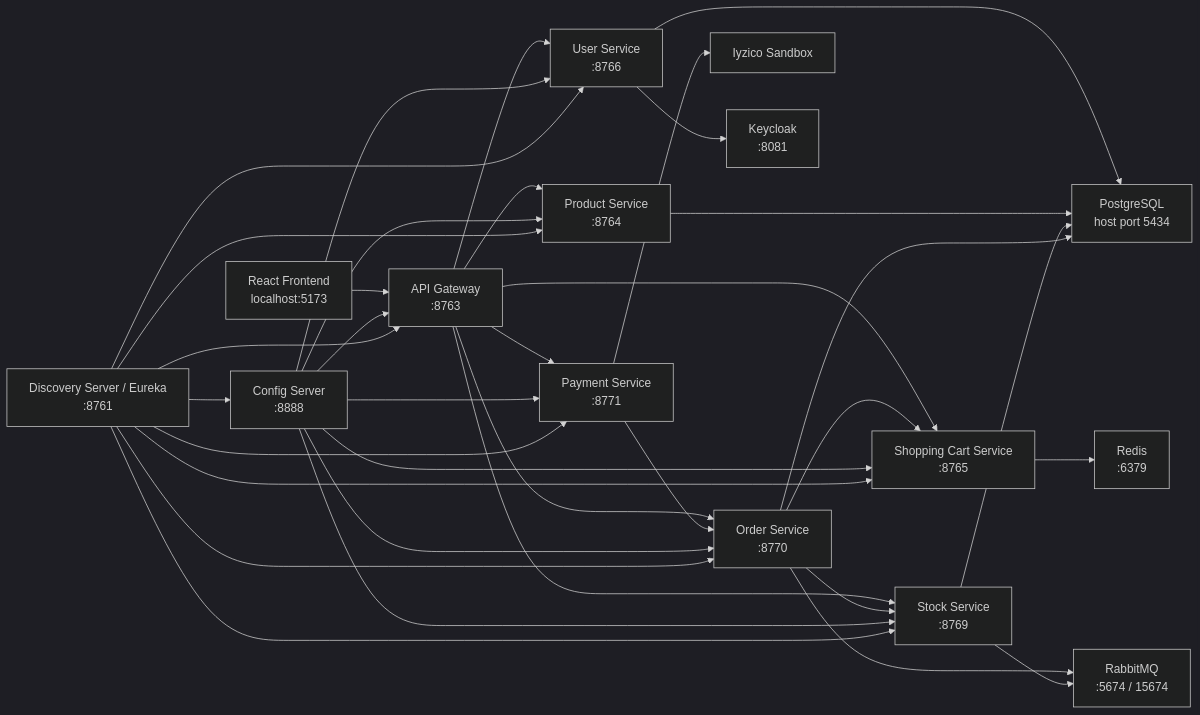
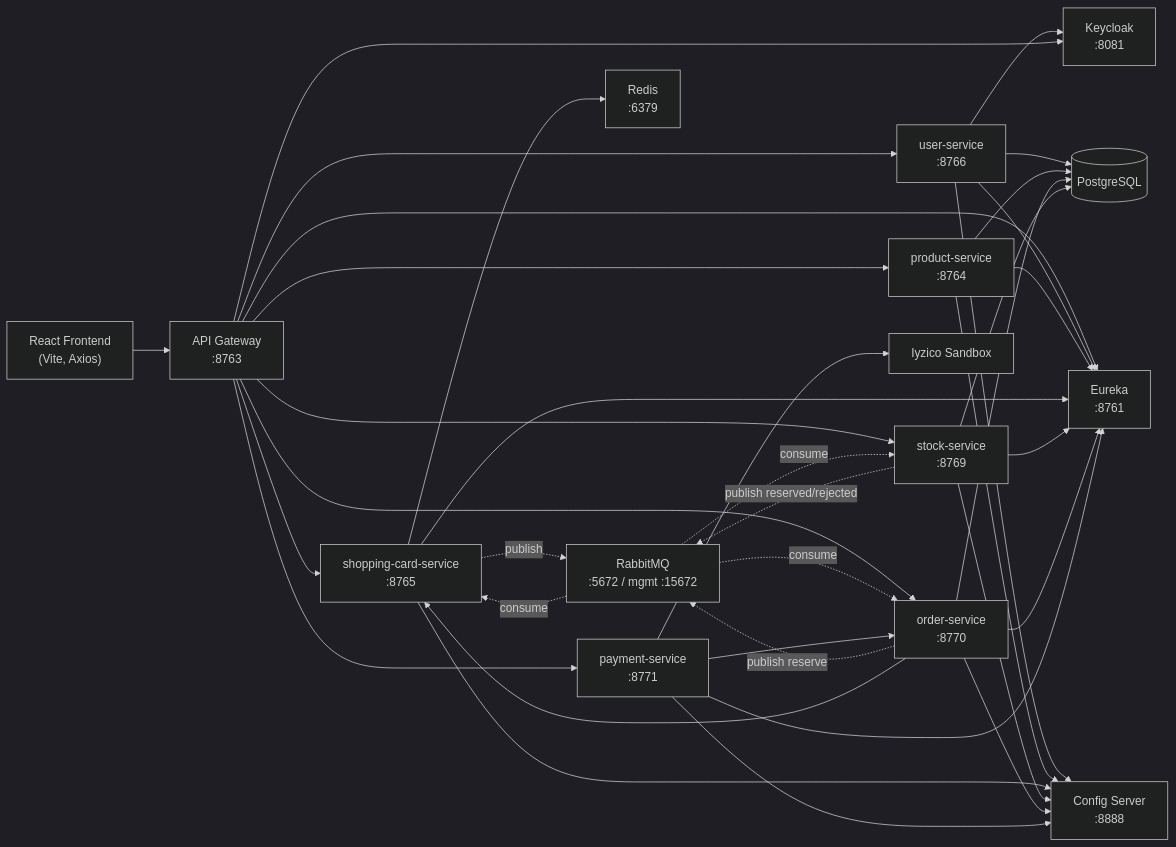
The first of 2 diagrams in README.md (kubrakaradirek/n11-talenthub-bootcamp-final-project), drawn with Mermaid (dark theme) before and after one commit. The commit also changed other lines of this file, not shown here.

Commit message:
Rewrite README with architecture, patterns, live URLs and AI attribution

````diff
--- a/README.md
+++ b/README.md
@@ -64,43 +47,36 @@
 ```mermaid
 flowchart LR
-    Frontend["React Frontend\nlocalhost:5173"] --> Gateway["API Gateway\n:8763"]
+    FE["React Frontend<br/>(Vite, Axios)"] --> GW["API Gateway<br/>:8763"]
 
-    Gateway --> User["User Service\n:8766"]
-    Gateway --> Product["Product Service\n:8764"]
-    Gateway --> Cart["Shopping Cart Service\n:8765"]
-    Gateway --> Stock["Stock Service\n:8769"]
-    Gateway --> Order["Order Service\n:8770"]
-    Gateway --> Payment["Payment Service\n:8771"]
+    GW --> USR["user-service<br/>:8766"]
+    GW --> PRD["product-service<br/>:8764"]
+    GW --> CRT["shopping-card-service<br/>:8765"]
+    GW --> STK["stock-service<br/>:8769"]
+    GW --> ORD["order-service<br/>:8770"]
+    GW --> PAY["payment-service<br/>:8771"]
 
-    Payment --> Iyzico["Iyzico Sandbox"]
-    Payment --> Order
-    Order --> Stock
-    Order --> Cart
+    USR --> KC["Keycloak<br/>:8081"]
+    GW --> KC
 
-    User --> Keycloak["Keycloak\n:8081"]
-    Cart --> Redis["Redis\n:6379"]
-    Order --> RabbitMQ["RabbitMQ\n:5674 / 15674"]
-    Stock --> RabbitMQ
+    CRT --> RDS["Redis<br/>:6379"]
+    CRT -. publish .-> MQ["RabbitMQ<br/>:5672 / mgmt :15672"]
+    MQ -. consume .-> CRT
 
-    User --> PostgreSQL["PostgreSQL\nhost port 5434"]
-    Product --> PostgreSQL
-    Stock --> PostgreSQL
-    Order --> PostgreSQL
+    ORD -. publish reserve .-> MQ
+    MQ -. consume .-> STK
+    STK -. publish reserved/rejected .-> MQ
+    MQ -. consume .-> ORD
 
-    Config["Config Server\n:8888"] --> Gateway
-    Config --> User
-    Config --> Product
-    Config --> Cart
-    Config --> Stock
-    Config --> Order
-    Config --> Payment
+    PAY --> IYZ["Iyzico Sandbox"]
+    PAY --> ORD
+    ORD --> CRT
 
-    Discovery["Discovery Server / Eureka\n:8761"] --> Gateway
-    Discovery --> Config
-    Discovery --> User
-    Discovery --> Product
-    Discovery --> Cart
-    Discovery --> Stock
-    Discovery --> Order
-    Discovery --> Payment
+    USR --> DB[("PostgreSQL")]
+    PRD --> DB
+    ORD --> DB
+    STK --> DB
+
+    GW --> EUR["Eureka<br/>:8761"]
+    USR & PRD & CRT & STK & ORD & PAY --> EUR
+    USR & PRD & CRT & STK & ORD & PAY --> CFG["Config Server<br/>:8888"]
 ```
````
